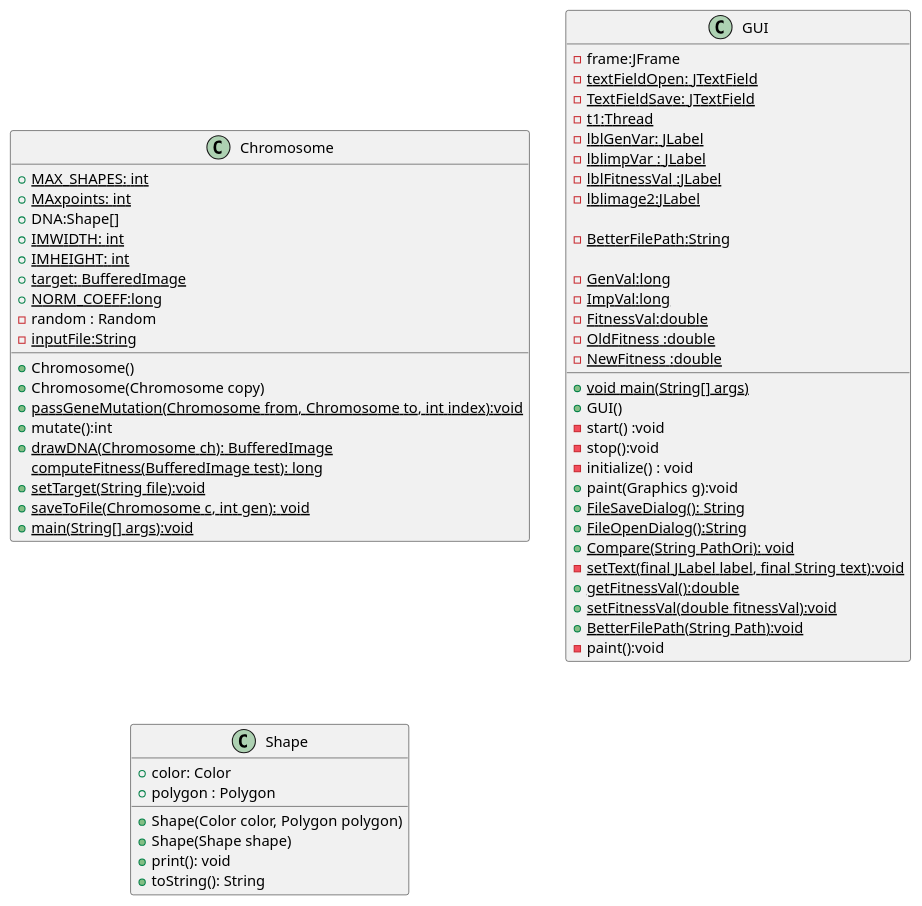
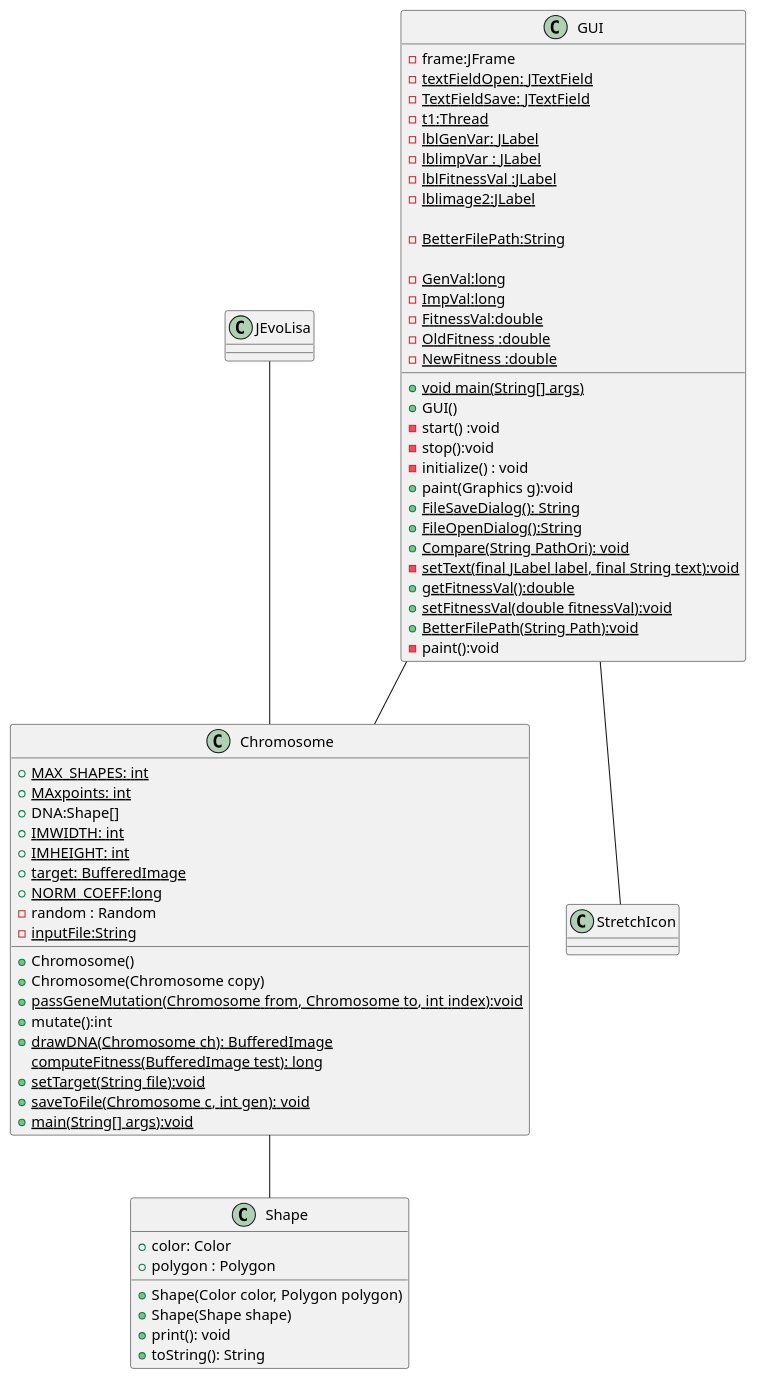
Before and after one commit to Visionman123/Java-project---Digital-Image: the diagram in AllSrcNew.puml, drawn with PlantUML.

Commit message:
Update AllSrcNew.puml
Assoziation added
GUI -- Chromosome
GUI -- StretchIcon
Chromosome -- Shape
JEvoLisa -- Chromosome

```diff
--- a/AllSrcNew.puml
+++ b/AllSrcNew.puml
@@ -1,72 +1,75 @@
 @startuml
 'https://plantuml.com/class-diagram
 
 class Chromosome {
 {static}+MAX_SHAPES: int
 {static}+MAxpoints: int
 +DNA:Shape[]
 {static}+IMWIDTH: int
 {static}+IMHEIGHT: int
 {static}+target: BufferedImage
 {static}+NORM_COEFF:long
 -random : Random
 {static}-inputFile:String
 
 +Chromosome()
 +Chromosome(Chromosome copy)
 {static}+passGeneMutation(Chromosome from, Chromosome to, int index):void
 +mutate():int
 {static}+drawDNA(Chromosome ch): BufferedImage
 {static}computeFitness(BufferedImage test): long
 {static}+setTarget(String file):void
 {static}+saveToFile(Chromosome c, int gen): void
 {static}+main(String[] args):void
 
 
 }
 class  GUI  {
 -frame:JFrame
 {static}-textFieldOpen: JTextField
 {static}-TextFieldSave: JTextField
 {static}- t1:Thread
 {static}-lblGenVar: JLabel
 {static}-lblimpVar : JLabel
 {static}- lblFitnessVal :JLabel
 {static}- lblimage2:JLabel
 
 {static}- BetterFilePath:String
 
 {static}- GenVal:long
 {static}- ImpVal:long
 {static}- FitnessVal:double
 {static}- OldFitness :double
 {static}- NewFitness :double
 
 {static}+ void main(String[] args)
 +GUI()
 - start() :void
 - stop():void
 -initialize() : void
 +paint(Graphics g):void
 {static}+ FileSaveDialog(): String
 {static}+ FileOpenDialog():String
 {static}+ Compare(String PathOri): void
 {static}- setText(final JLabel label, final String text):void
 {static}+ getFitnessVal():double
 {static}+ setFitnessVal(double fitnessVal):void
 {static}+ BetterFilePath(String Path):void
 - paint():void
 }
 
 
 class Shape {
 + color: Color
 + polygon : Polygon
 + Shape(Color color, Polygon polygon)
 + Shape(Shape shape)
 + print(): void
 + toString(): String
 }
-
+GUI -- Chromosome
+GUI -- StretchIcon
+Chromosome -- Shape
+JEvoLisa -- Chromosome
 
 @enduml
```
